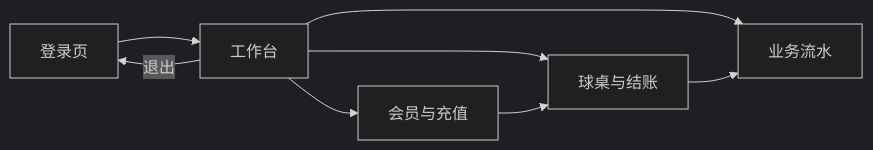
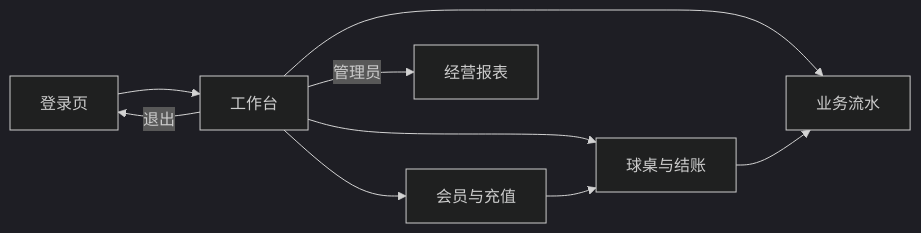
Before and after one commit to IniJyou/billiard-club: the fifth of 6 diagrams in docs/详细设计说明书.md, drawn with Mermaid (dark theme). The commit also changed other lines of this file and 49 other files, not shown here.

````diff
--- a/docs/详细设计说明书.md
+++ b/docs/详细设计说明书.md
@@ -229,10 +230,11 @@
 ```mermaid
 flowchart LR
     LOGIN[登录页] --> HOME[工作台]
     HOME --> MEMBER[会员与充值]
     HOME --> TABLE[球桌与结账]
     HOME --> RECORD[业务流水]
+    HOME -->|管理员| REPORT[经营报表]
     MEMBER --> TABLE
     TABLE --> RECORD
     HOME -->|退出| LOGIN
 ```
````
